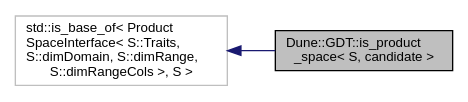
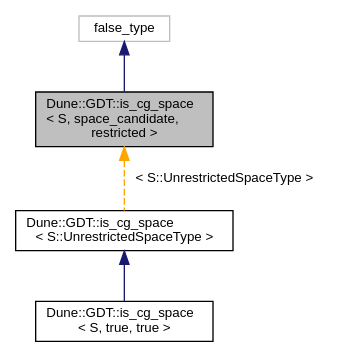
Before and after one commit to dune-community/dune-community.github.io: the diagram in docs/dune-gdt/''/a03143.dot, drawn with Graphviz. The commit also changed 2442 other files, not shown here.

Commit message:
Updated documentation for dune-gdt ''

```diff
--- a/docs/dune-gdt/''/a03143.dot
+++ b/docs/dune-gdt/''/a03143.dot
@@ -1,9 +1,12 @@
-digraph "Dune::GDT::is_product_space&lt; S, candidate &gt;"
+digraph "Dune::GDT::is_cg_space&lt; S, space_candidate, restricted &gt;"
 {
   edge [fontname="Helvetica",fontsize="10",labelfontname="Helvetica",labelfontsize="10"];
   node [fontname="Helvetica",fontsize="10",shape=record];
-  rankdir="LR";
-  Node0 [label="Dune::GDT::is_product\l_space\< S, candidate \>",height=0.2,width=0.4,color="black", fillcolor="grey75", style="filled", fontcolor="black"];
+  Node0 [label="Dune::GDT::is_cg_space\l\< S, space_candidate,\l restricted \>",height=0.2,width=0.4,color="black", fillcolor="grey75", style="filled", fontcolor="black"];
   Node1 -> Node0 [dir="back",color="midnightblue",fontsize="10",style="solid",fontname="Helvetica"];
-  Node1 [label="std::is_base_of\< Product\lSpaceInterface\< S::Traits,\l S::dimDomain, S::dimRange,\l S::dimRangeCols \>, S \>",height=0.2,width=0.4,color="grey75", fillcolor="white", style="filled"];
+  Node1 [label="false_type",height=0.2,width=0.4,color="grey75", fillcolor="white", style="filled"];
+  Node0 -> Node2 [dir="back",color="orange",fontsize="10",style="dashed",label=" \< S::UnrestrictedSpaceType \>" ,fontname="Helvetica"];
+  Node2 [label="Dune::GDT::is_cg_space\l\< S::UnrestrictedSpaceType \>",height=0.2,width=0.4,color="black", fillcolor="white", style="filled",URL="$a03144.html"];
+  Node2 -> Node3 [dir="back",color="midnightblue",fontsize="10",style="solid",fontname="Helvetica"];
+  Node3 [label="Dune::GDT::is_cg_space\l\< S, true, true \>",height=0.2,width=0.4,color="black", fillcolor="white", style="filled",URL="$a03152.html"];
 }
```
